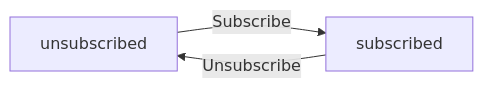
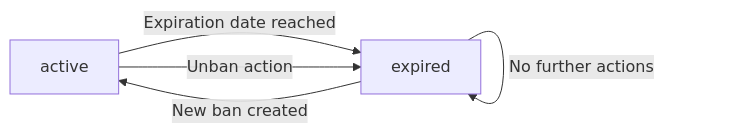
Before and after one commit to wrtnlabs/autobe-examples: the third of 4 diagrams in qwen/qwen3.5-35b-a3b/reddit/docs/analysis/02-domain-model.md, drawn with Mermaid. The commit also changed other lines of this file and 32093 other files, not shown here.

````diff
--- a/qwen/qwen3.5-35b-a3b/reddit/docs/analysis/02-domain-model.md
+++ b/qwen/qwen3.5-35b-a3b/reddit/docs/analysis/02-domain-model.md
@@ -993,5 +823,7 @@
 ```mermaid
 flowchart LR
-    A["unsubscribed"] -->|"Subscribe"| B["subscribed"]
-    B -->|"Unsubscribe"| A
+    A["active"] -->|"Expiration date reached"| B["expired"]
+    A -->|"Unban action"| B
+    B -->|"New ban created"| A
+    B -->|"No further actions"| B
 ```
````
